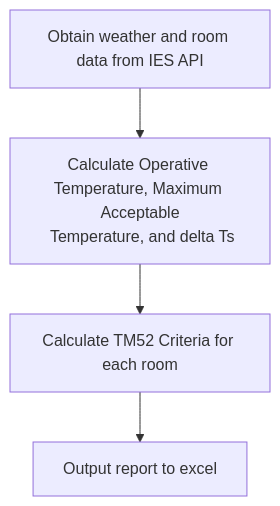
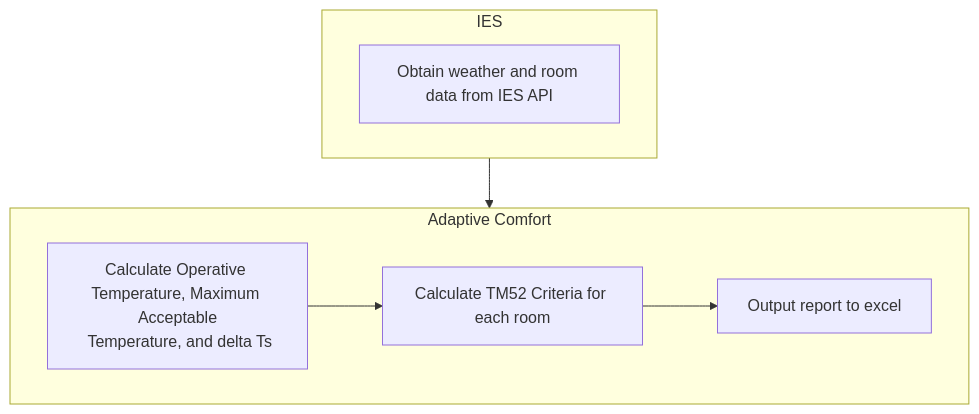
The diagram in book/calculation.md (maxfordham/adaptive-comfort), drawn with Mermaid before and after one commit. The commit also changed other lines of this file, not shown here.

Commit message:
Updated flowchart

````diff
--- a/book/calculation.md
+++ b/book/calculation.md
@@ -7,4 +7,10 @@
 ```{mermaid}
-flowchart TD
-    A[Obtain weather and room data from IES API] --> B[Calculate Operative Temperature, Maximum Acceptable<br> Temperature, and delta Ts] --> C[Calculate TM52 Criteria for each room] --> D[Output report to excel]
+    flowchart TD
+        subgraph P1 [IES]
+            A[Obtain weather and room data from IES API]
+        end
+        subgraph P2 [Adaptive Comfort]
+         B[Calculate Operative Temperature, Maximum Acceptable<br> Temperature, and delta Ts] --> C[Calculate TM52 Criteria for each room] --> D[Output report to excel]
+        end
+    P1 --> P2
 ```
````
